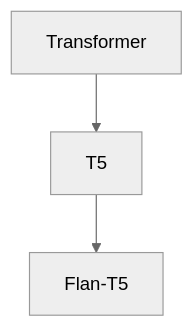
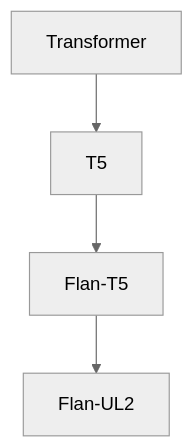
One commit to ted-sharp/chatvox changed the sixth of 11 diagrams in doc/llm.md. Above: the diagram before and after it, drawn with Mermaid (neutral theme). The commit also changed other lines of this file, not shown here.

````diff
--- a/doc/llm.md
+++ b/doc/llm.md
@@ -218,5 +230,5 @@
 ```mermaid
 flowchart
 
-Transformer --> T5 --> Flan-T5
+Transformer --> T5 --> Flan-T5 --> Flan-UL2
 ```
````
